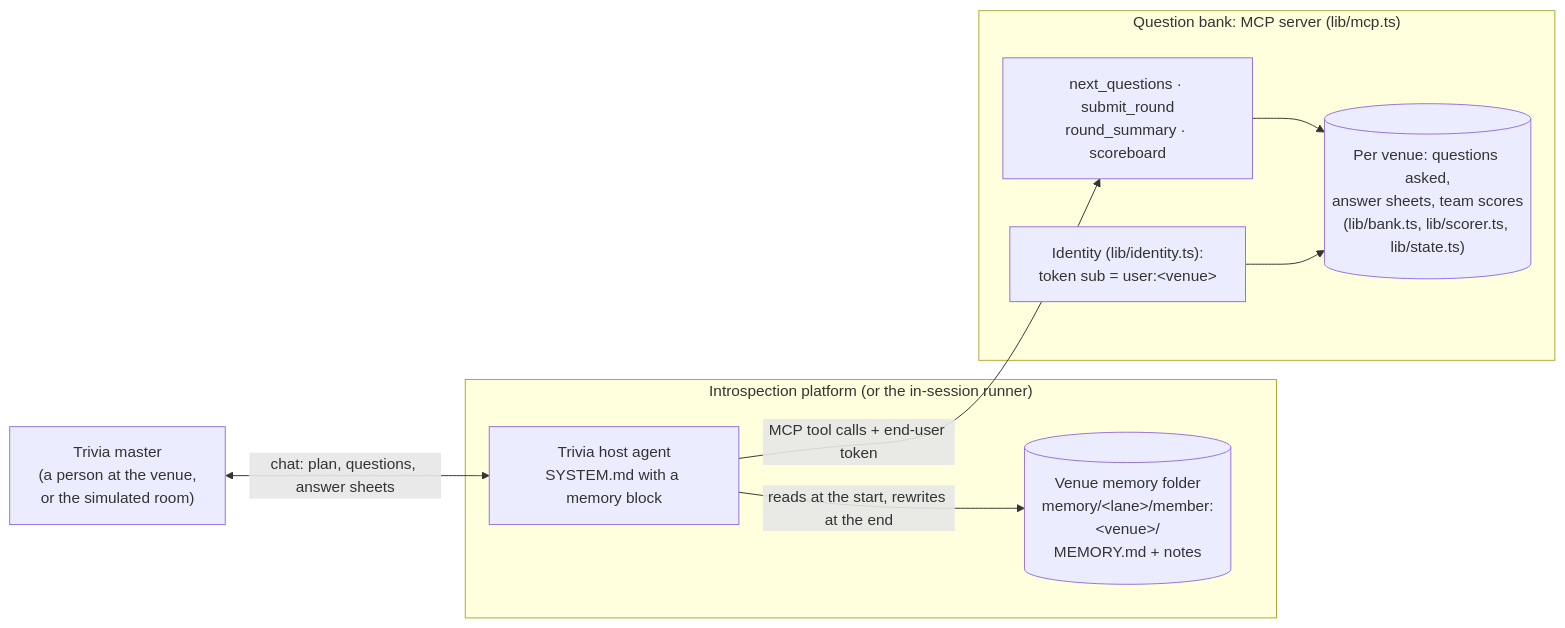
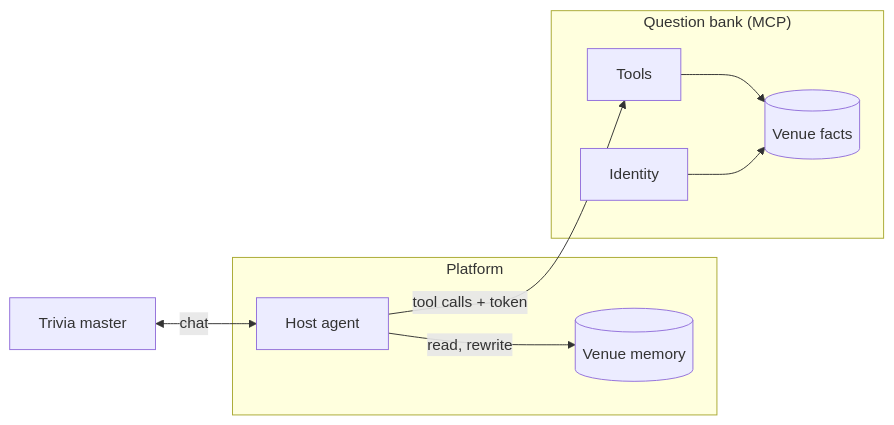
The first of 3 diagrams in examples/trivia-night/ARCHITECTURE.md (introspection-org/introspection-js-sdk), drawn with Mermaid before and after one commit. The commit also changed other lines of this file, not shown here.

First line of the commit message:
docs(examples): trivia-night diagrams use short labels, with a legend and notes beside each

````diff
--- a/examples/trivia-night/ARCHITECTURE.md
+++ b/examples/trivia-night/ARCHITECTURE.md
@@ -10,18 +22,18 @@
 ```mermaid
 flowchart LR
-  subgraph Platform["Introspection platform (or the in-session runner)"]
-    Host["Trivia host agent<br/>SYSTEM.md with a memory block"]
-    Mem[("Venue memory folder<br/>memory/&lt;lane&gt;/member:&lt;venue&gt;/<br/>MEMORY.md + notes")]
-    Host -- "reads at the start, rewrites at the end" --> Mem
+  subgraph Platform["Platform"]
+    Host["Host agent"]
+    Mem[("Venue memory")]
+    Host -- "read, rewrite" --> Mem
   end
-  TM["Trivia master<br/>(a person at the venue,<br/>or the simulated room)"]
-  subgraph Bank["Question bank: MCP server (lib/mcp.ts)"]
-    Tools["next_questions · submit_round<br/>round_summary · scoreboard"]
-    Facts[("Per venue: questions asked,<br/>answer sheets, team scores<br/>(lib/bank.ts, lib/scorer.ts, lib/state.ts)")]
-    Id["Identity (lib/identity.ts):<br/>token sub = user:&lt;venue&gt;"]
+  TM["Trivia master"]
+  subgraph Bank["Question bank (MCP)"]
+    Tools["Tools"]
+    Facts[("Venue facts")]
+    Id["Identity"]
     Tools --> Facts
     Id --> Facts
   end
-  TM <-- "chat: plan, questions, answer sheets" --> Host
-  Host -- "MCP tool calls + end-user token" --> Tools
+  TM <-- "chat" --> Host
+  Host -- "tool calls + token" --> Tools
 ```
````
